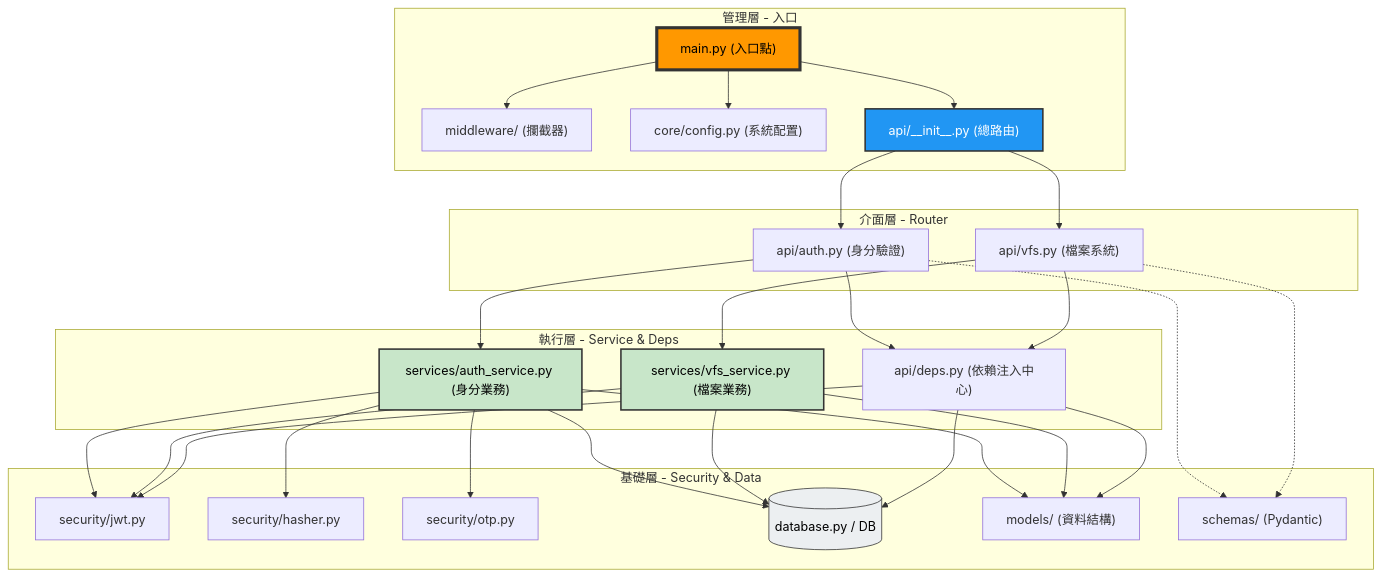
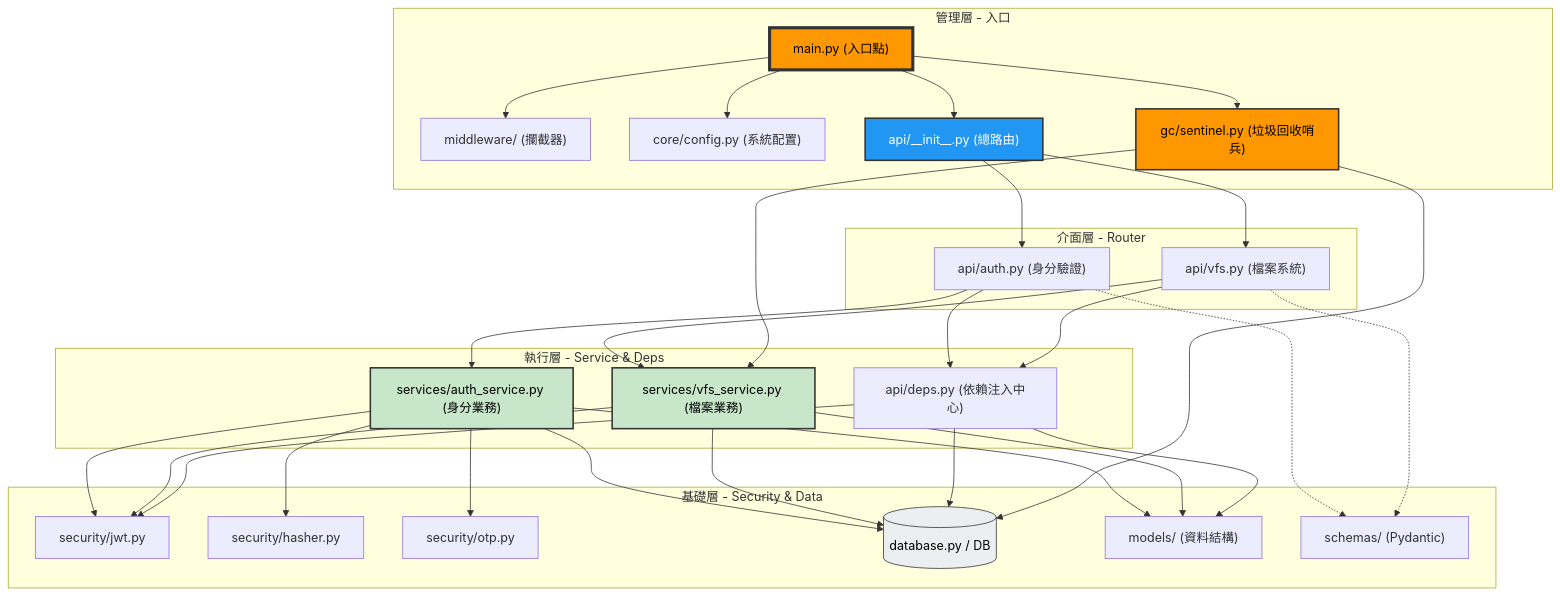
One commit to Salt-Shio/FileBrowser changed the diagram in dev/system_structure.md. Above: the diagram before and after it, drawn with Mermaid. The commit also changed other lines of this file, not shown here.

Commit message:
docs: 更新系統架構圖，加入 GC 哨兵層級與相依關係

````diff
--- a/dev/system_structure.md
+++ b/dev/system_structure.md
@@ -5,69 +5,76 @@
 ```mermaid
 graph TD
     subgraph Layer_1 [管理層 - 入口]
         MAIN["main.py (入口點)"]
         MIDDLEWARE["middleware/ (攔截器)"]
         CORE["core/config.py (系統配置)"]
         API_INIT["api/__init__.py (總路由)"]
+        GC_SENTINEL["gc/sentinel.py (垃圾回收哨兵)"]
     end
 
     subgraph Layer_2 [介面層 - Router]
         AUTH_API["api/auth.py (身分驗證)"]
         VFS_API["api/vfs.py (檔案系統)"]
     end
 
     subgraph Layer_3 [執行層 - Service & Deps]
         AUTH_SVC["services/auth_service.py (身分業務)"]
         VFS_SVC["services/vfs_service.py (檔案業務)"]
         DEPS["api/deps.py (依賴注入中心)"]
     end
 
     subgraph Layer_4 [基礎層 - Security & Data]
         JWT["security/jwt.py"]
         HASHER["security/hasher.py"]
         OTP["security/otp.py"]
         DB[("database.py / DB")]
         MODELS["models/ (資料結構)"]
         SCHEMAS["schemas/ (Pydantic)"]
     end
 
     %% 調用關係
     MAIN --> MIDDLEWARE
     MAIN --> CORE
     MAIN --> API_INIT
+    MAIN --> GC_SENTINEL
 
     API_INIT --> AUTH_API
     API_INIT --> VFS_API
 
     %% 業務與依賴
     AUTH_API --> AUTH_SVC
     AUTH_API --> DEPS
     VFS_API --> VFS_SVC
     VFS_API --> DEPS
 
     %% 執行層調用基礎層
     AUTH_SVC --> JWT
     AUTH_SVC --> HASHER
     AUTH_SVC --> OTP
     AUTH_SVC --> DB
     AUTH_SVC --> MODELS
 
     VFS_SVC --> DB
     VFS_SVC --> MODELS
     VFS_SVC --> JWT
 
     DEPS --> DB
     DEPS --> JWT
     DEPS --> MODELS
 
+    %% 背景 GC 哨兵調用 (單向依賴，無循環引用)
+    GC_SENTINEL --> VFS_SVC
+    GC_SENTINEL --> DB
+
     %% Schema 調用
     AUTH_API -.-> SCHEMAS
     VFS_API -.-> SCHEMAS
 
     %% 樣式美化
     style MAIN fill:#FF9800,stroke:#333,stroke-width:4px,color:#000
+    style GC_SENTINEL fill:#FF9800,stroke:#333,stroke-width:2px,color:#000
     style API_INIT fill:#2196F3,stroke:#333,stroke-width:2px,color:#fff
     style AUTH_SVC fill:#C8E6C9,stroke:#333,stroke-width:2px,color:#000
     style VFS_SVC fill:#C8E6C9,stroke:#333,stroke-width:2px,color:#000
     style DB fill:#ECEFF1,stroke:#333,color:#000
 ```
````
